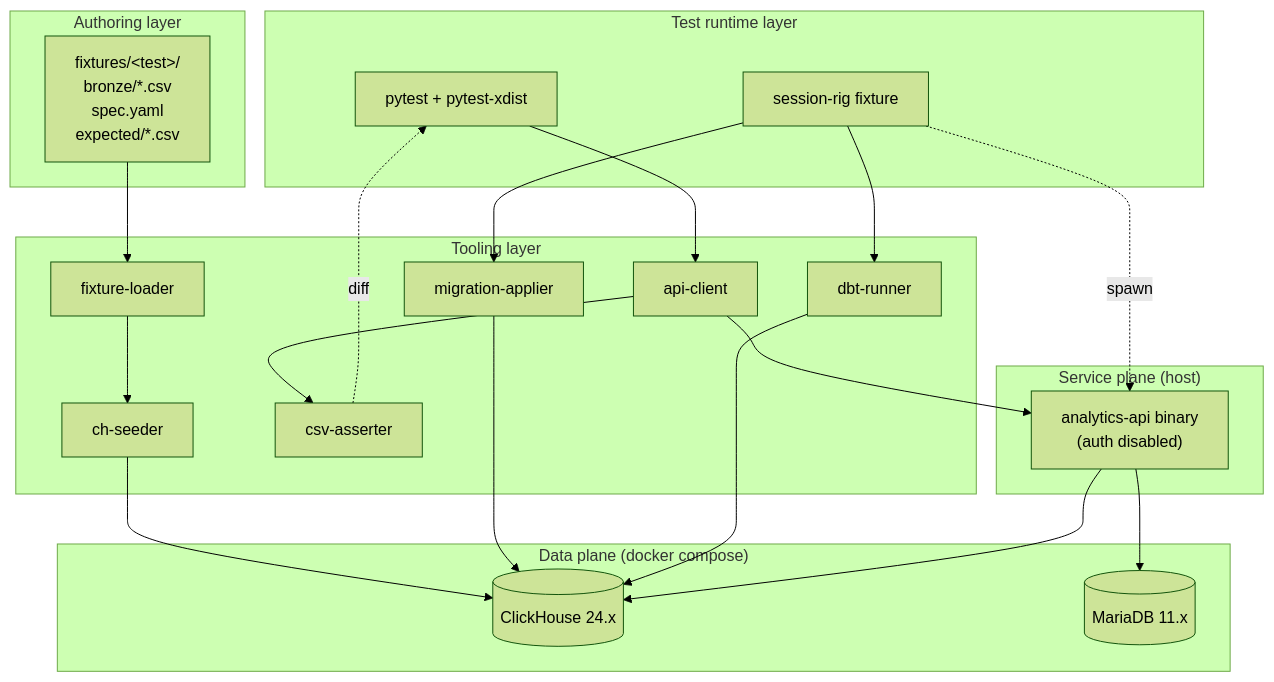
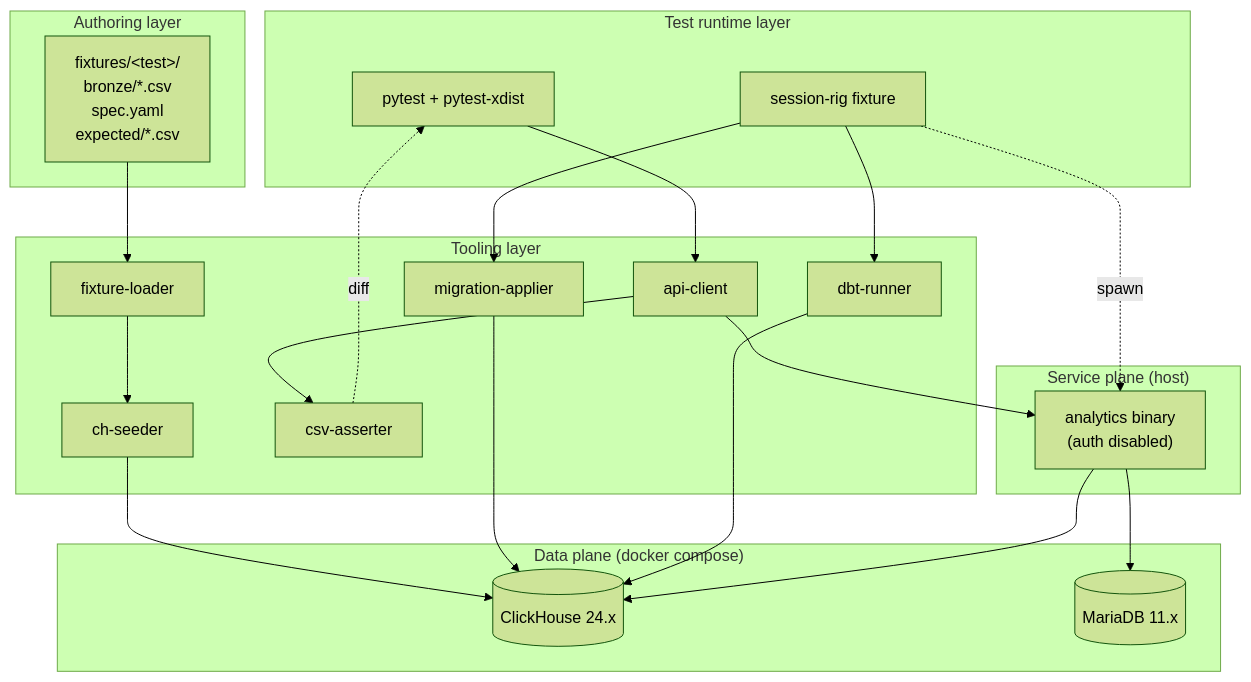
One commit to constructorfabric/insight changed the first of 3 diagrams in docs/domain/bronze-to-api-e2e/specs/DESIGN.md. Above: the diagram before and after it, drawn with Mermaid (forest theme). The commit also changed other lines of this file and 206 other files, not shown here.

First line of the commit message:
refactor(analytics)!: rename analytics-api service to analytics, drop env-key crutches

````diff
--- a/docs/domain/bronze-to-api-e2e/specs/DESIGN.md
+++ b/docs/domain/bronze-to-api-e2e/specs/DESIGN.md
@@ -69,35 +69,35 @@
 ```mermaid
 flowchart TD
     subgraph Authoring["Authoring layer"]
         FX["fixtures/&lt;test&gt;/<br/>bronze/*.csv<br/>spec.yaml<br/>expected/*.csv"]
     end
     subgraph Runtime["Test runtime layer"]
         PT["pytest + pytest-xdist"]
         SR["session-rig fixture"]
     end
     subgraph DataPlane["Data plane (docker compose)"]
         CH[("ClickHouse 24.x")]
         MD[("MariaDB 11.x")]
     end
     subgraph Tools["Tooling layer"]
         FL["fixture-loader"]
         CS["ch-seeder"]
         DR["dbt-runner"]
         MA["migration-applier"]
         AC["api-client"]
         CA["csv-asserter"]
     end
     subgraph Service["Service plane (host)"]
-        API["analytics-api binary<br/>(auth disabled)"]
+        API["analytics binary<br/>(auth disabled)"]
     end
 
     FX --> FL --> CS --> CH
     SR --> MA --> CH
     SR --> DR
     DR --> CH
     SR -.spawn.-> API
     PT --> AC --> API --> CH
     API --> MD
     AC --> CA
     CA -.diff.-> PT
 ```
````
